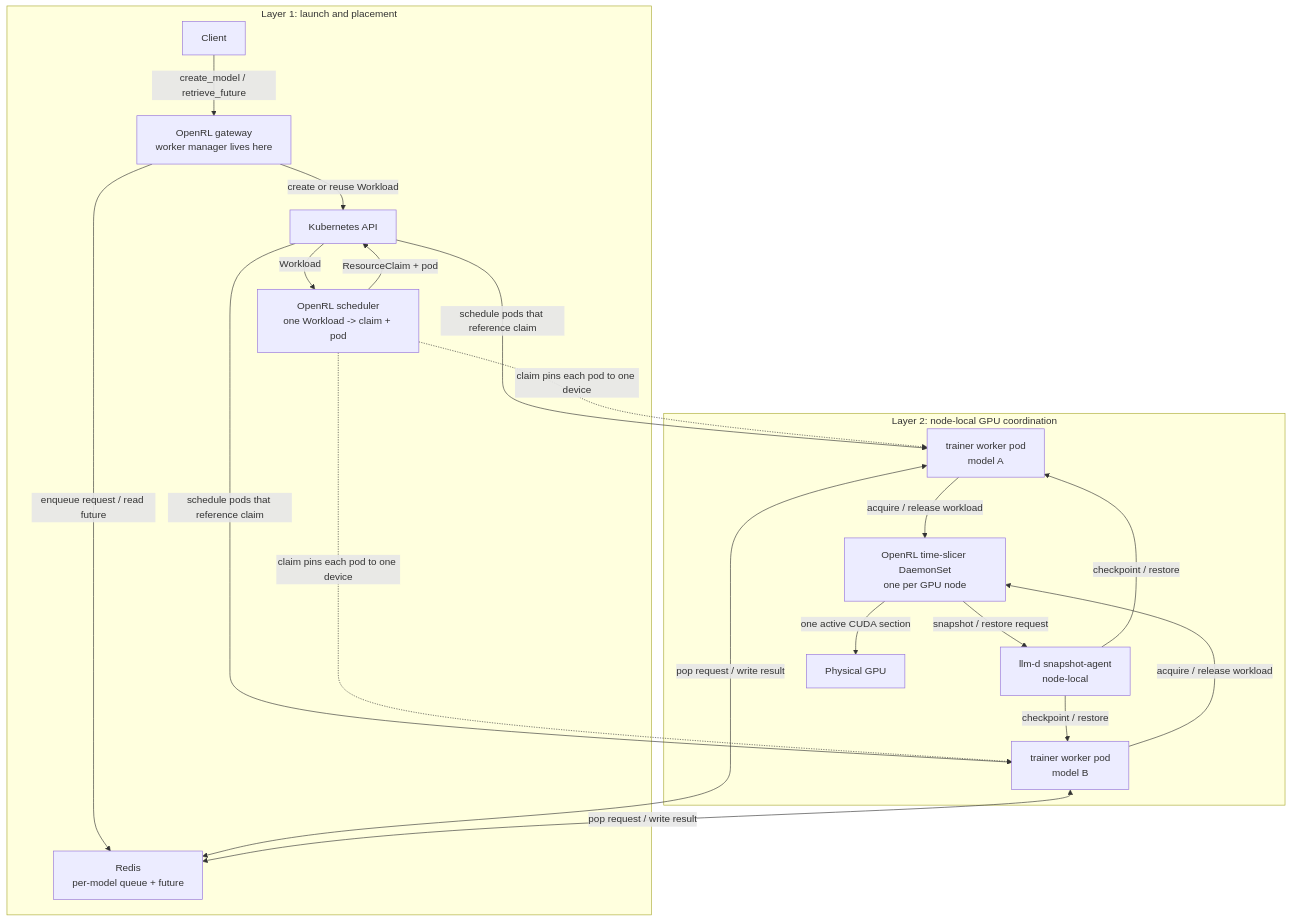
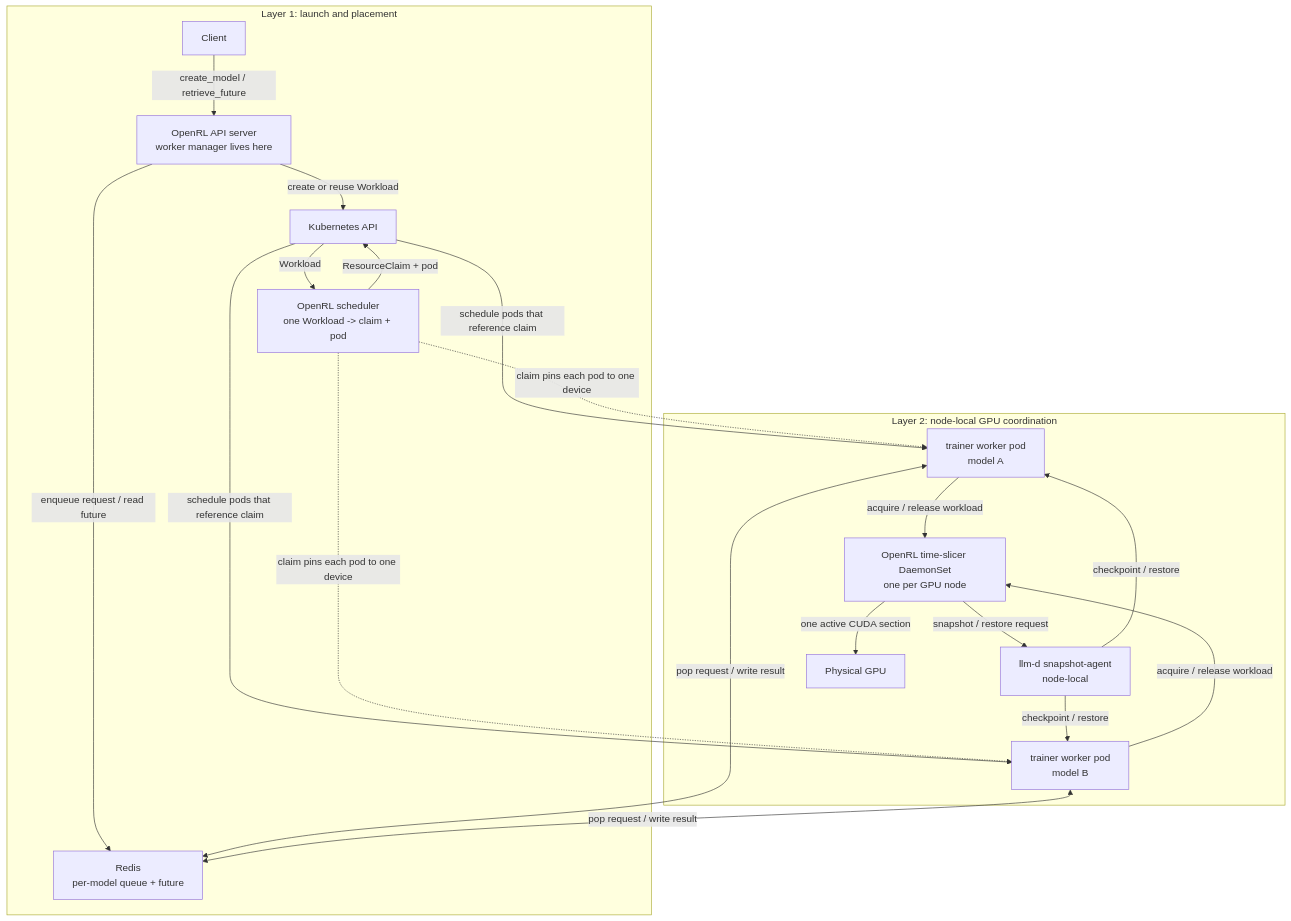
One commit to ShubyM/open-rl changed the first of 2 diagrams in docs/setup/gke-fft-timeslice.md. Above: the diagram before and after it, drawn with Mermaid. The commit also changed other lines of this file and 90 other files, not shown here.

Commit message:
Rename the gateway to the API server (#253)

````diff
--- a/docs/setup/gke-fft-timeslice.md
+++ b/docs/setup/gke-fft-timeslice.md
@@ -60,37 +60,37 @@
 ```mermaid
 flowchart TD
     subgraph launch["Layer 1: launch and placement"]
         client["Client"]
-        gateway["OpenRL gateway\nworker manager lives here"]
+        api_server["OpenRL API server\nworker manager lives here"]
         kube["Kubernetes API"]
         redis["Redis\nper-model queue + future"]
         scheduler["OpenRL scheduler\none Workload -> claim + pod"]
     end
 
     subgraph node["Layer 2: node-local GPU coordination"]
         workerA["trainer worker pod\nmodel A"]
         workerB["trainer worker pod\nmodel B"]
         agent["OpenRL time-slicer DaemonSet\none per GPU node"]
         llmd["llm-d snapshot-agent\nnode-local"]
         gpu["Physical GPU"]
     end
 
-    client -->|"create_model / retrieve_future"| gateway
-    gateway -->|"create or reuse Workload"| kube
+    client -->|"create_model / retrieve_future"| api_server
+    api_server -->|"create or reuse Workload"| kube
     kube -->|"Workload"| scheduler
     scheduler -->|"ResourceClaim + pod"| kube
-    gateway -->|"enqueue request / read future"| redis
+    api_server -->|"enqueue request / read future"| redis
     kube -->|"schedule pods that reference claim"| workerA
     kube -->|"schedule pods that reference claim"| workerB
     scheduler -.->|"claim pins each pod to one device"| workerA
     scheduler -.->|"claim pins each pod to one device"| workerB
 
     workerA <-->|"pop request / write result"| redis
     workerB <-->|"pop request / write result"| redis
     workerA -->|"acquire / release workload"| agent
     workerB -->|"acquire / release workload"| agent
     agent -->|"snapshot / restore request"| llmd
     llmd -->|"checkpoint / restore"| workerA
     llmd -->|"checkpoint / restore"| workerB
     agent -->|"one active CUDA section"| gpu
 ```
````
